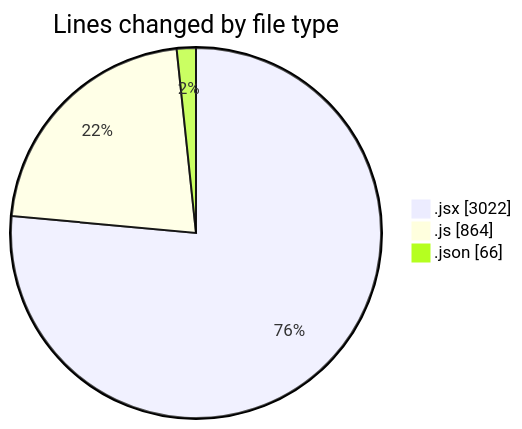
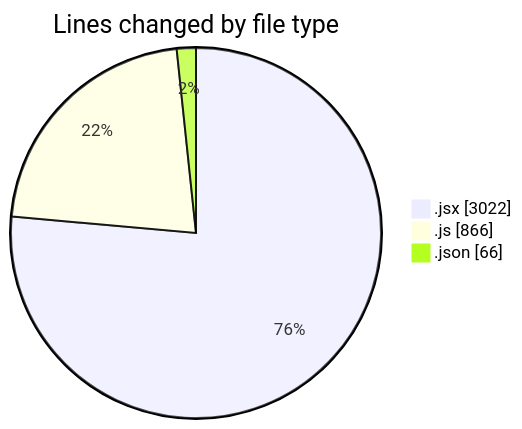
One commit to nxtqubesakshisongat/code-tracking changed the first of 2 diagrams in 2025-08-06/nxtqube_webapp/README.md. Above: the diagram before and after it, drawn with Mermaid. The commit also changed other lines of this file and 1 other file, not shown here.

````diff
--- a/2025-08-06/nxtqube_webapp/README.md
+++ b/2025-08-06/nxtqube_webapp/README.md
@@ -28,7 +28,7 @@
 ```mermaid
 pie showData
 title Lines changed by file type
 ".jsx" : 3022
-".js" : 864
+".js" : 866
 ".json" : 66
 ```
````
